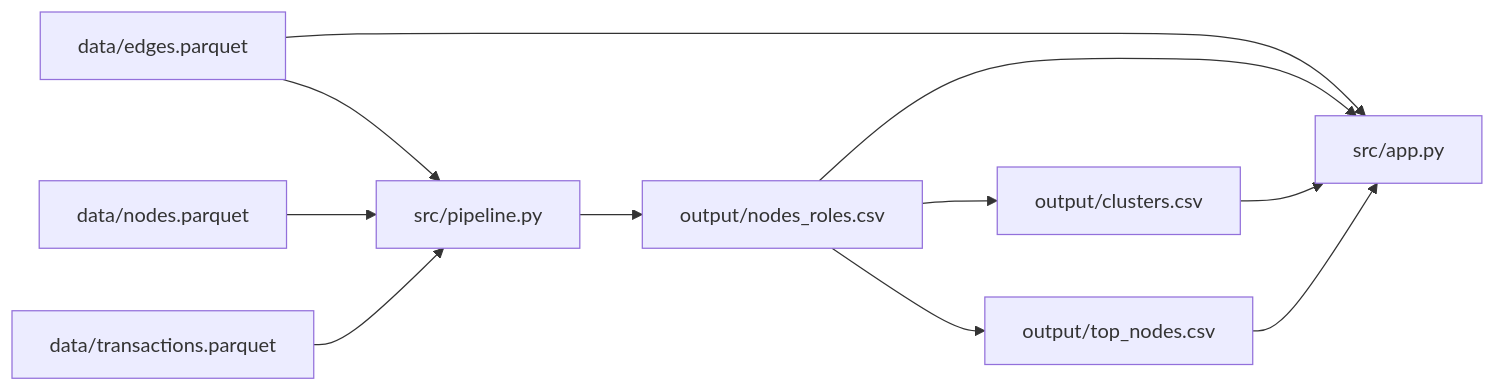
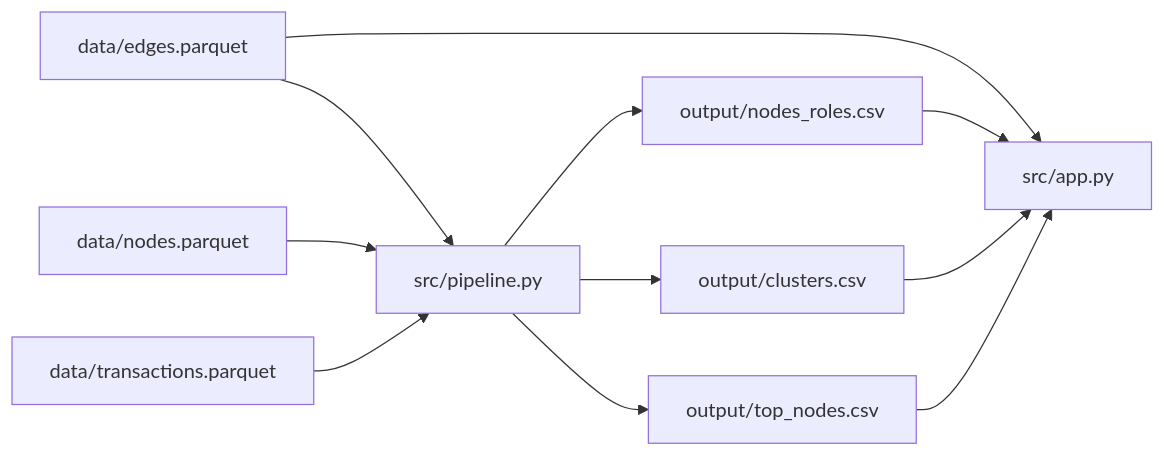
Before and after one commit to BAITC-Hacks/hack-6ad98f4c-ainterns: the diagram in solution-schema.md, drawn with Mermaid. The commit also changed other lines of this file and 5 other files, not shown here.

````diff
--- a/solution-schema.md
+++ b/solution-schema.md
@@ -3,13 +3,13 @@
 ```mermaid
 flowchart LR
     E[data/edges.parquet] --> P[src/pipeline.py]
     N[data/nodes.parquet] --> P
     T[data/transactions.parquet] --> P
     P --> R[output/nodes_roles.csv]
-    R --> C[output/clusters.csv]
-    R --> TOP[output/top_nodes.csv]
+    P --> C[output/clusters.csv]
+    P --> TOP[output/top_nodes.csv]
     E --> UI[src/app.py]
     R --> UI
     C --> UI
     TOP --> UI
 ```
````
